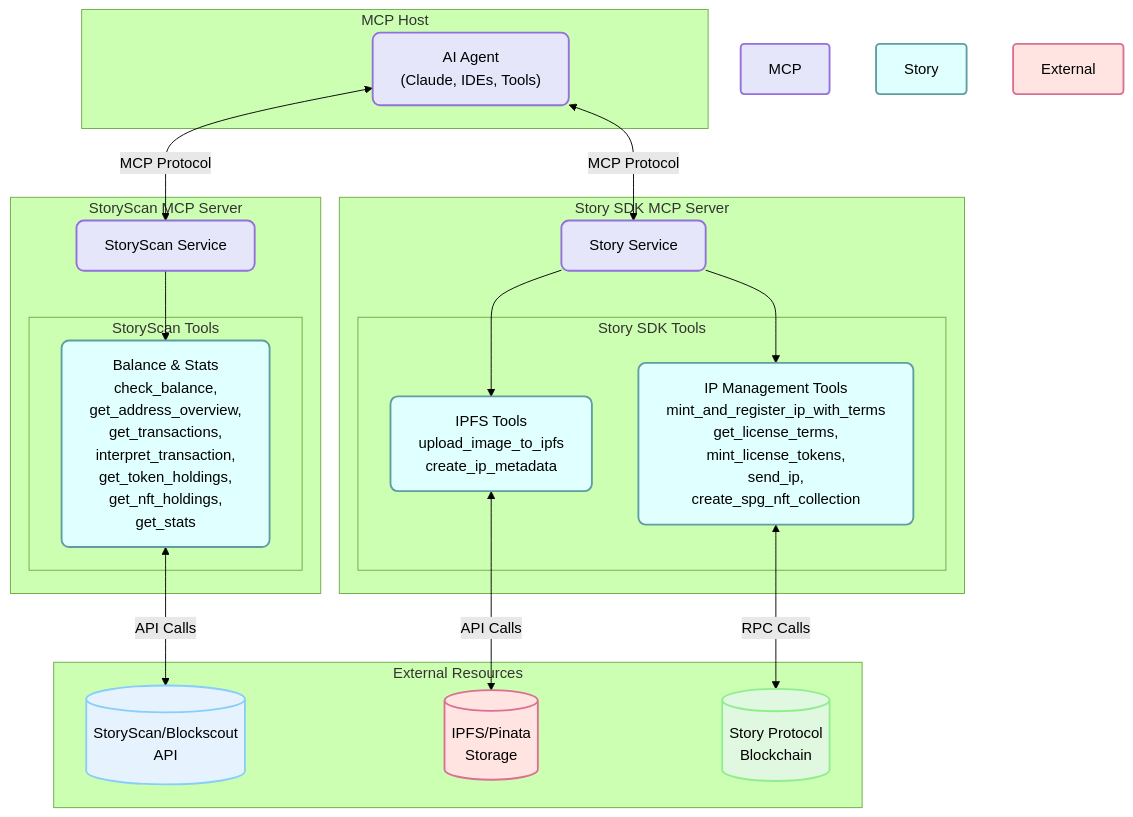
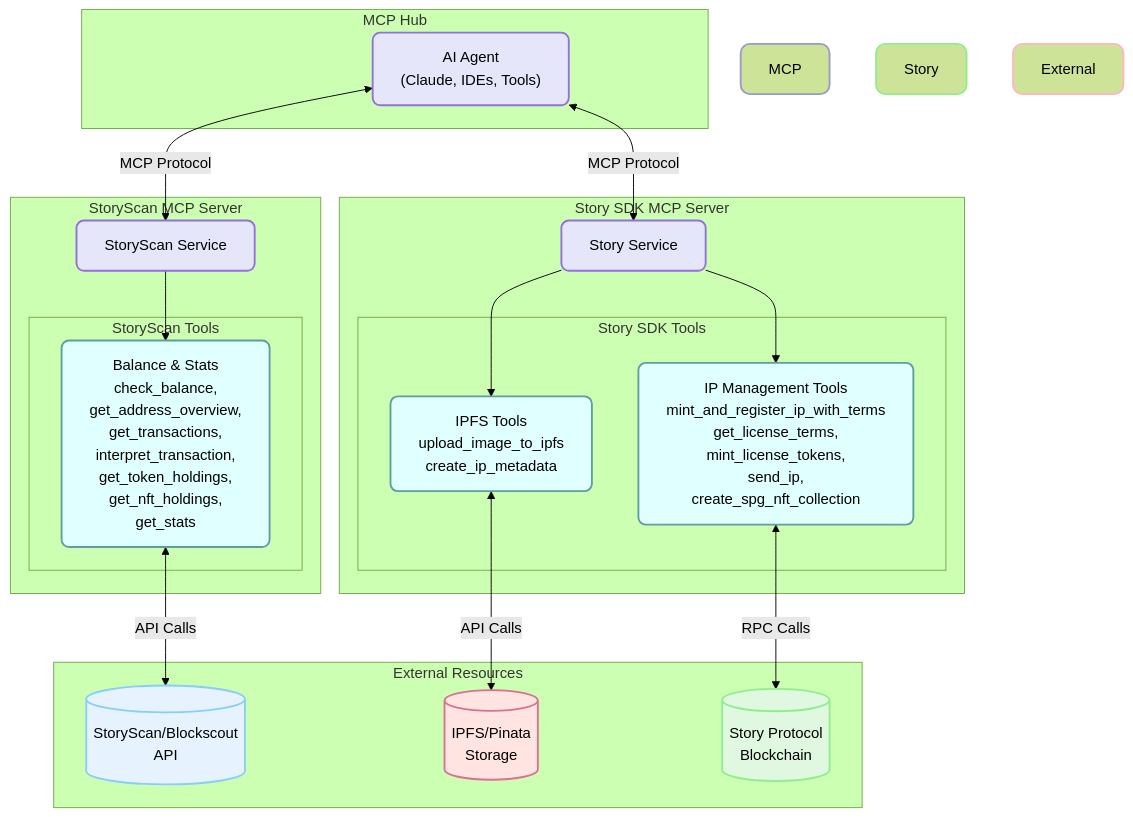
The diagram in README.md (piplabs/story-sdk-mcp), drawn with Mermaid (forest theme) before and after one commit. The commit also changed other lines of this file and 18 other files, not shown here.

````diff
--- a/README.md
+++ b/README.md
@@ -14,64 +18,54 @@
 ```mermaid
 graph TD
-    subgraph "MCP Host" 
-        style MCP Host fill:#F5F5FF,stroke:#9999CC,stroke-width:2px,rx:10,ry:10
+    subgraph "MCP Hub" 
+        style MCP Hub fill:#F5F5FF,stroke:#9999CC,stroke-width:2px,rx:10,ry:10
         Agent["AI Agent<br>(Claude, IDEs, Tools)"]
         style Agent fill:#E6E6FA,stroke:#9370DB,stroke-width:2px,rx:8,ry:8
     end
 
     subgraph "StoryScan MCP Server"
         style StoryScan MCP Server fill:#F0F8FF,stroke:#87CEFA,stroke-width:2px,rx:10,ry:10
         StoryscanService["StoryScan Service"]
         style StoryscanService fill:#E6E6FA,stroke:#9370DB,stroke-width:2px,rx:8,ry:8
         
         subgraph "StoryScan Tools"
             style StoryScan Tools fill:#F0FFFF,stroke:#5F9EA0,stroke-width:2px,rx:10,ry:10
             StoryscanToolset["Balance & Stats<br>check_balance,<br>get_address_overview,<br>get_transactions,<br>interpret_transaction,<br>get_token_holdings,<br>get_nft_holdings,<br>get_stats"]
             style StoryscanToolset fill:#E0FFFF,stroke:#5F9EA0,stroke-width:2px,rx:8,ry:8
         end
     end
 
     subgraph "Story SDK MCP Server"
         style Story SDK MCP Server fill:#F5FFFA,stroke:#98FB98,stroke-width:2px,rx:10,ry:10
         StoryService["Story Service"]
         style StoryService fill:#E6E6FA,stroke:#9370DB,stroke-width:2px,rx:8,ry:8
         
         subgraph "Story SDK Tools"
             style Story SDK Tools fill:#F0FFF0,stroke:#90EE90,stroke-width:2px,rx:10,ry:10
             IPFSTools["IPFS Tools<br>upload_image_to_ipfs<br>create_ip_metadata"]
             style IPFSTools fill:#E0FFFF,stroke:#5F9EA0,stroke-width:2px,rx:8,ry:8
             IPTools["IP Management Tools<br>mint_and_register_ip_with_terms<br>get_license_terms,<br>mint_license_tokens,<br>send_ip,<br>create_spg_nft_collection"]
             style IPTools fill:#E0FFFF,stroke:#5F9EA0,stroke-width:2px,rx:8,ry:8
         end
     end
 
     subgraph "External Resources"
         style External Resources fill:#FFF0F5,stroke:#FFB6C1,stroke-width:2px,rx:10,ry:10
         IPFS[(IPFS/Pinata<br>Storage)]
         style IPFS fill:#FFE4E1,stroke:#DB7093,stroke-width:2px,rx:15,ry:15
         Blockchain[(Story Protocol<br>Blockchain)]
         style Blockchain fill:#E0F8E0,stroke:#90EE90,stroke-width:2px,rx:15,ry:15
         StoryScan[(StoryScan/Blockscout<br>API)]
         style StoryScan fill:#E6F3FF,stroke:#87CEFA,stroke-width:2px,rx:15,ry:15
     end
 
     Agent <--MCP Protocol--> StoryService
     Agent <--MCP Protocol--> StoryscanService
     StoryscanService --> StoryscanToolset
     StoryService --> IPFSTools
     StoryService --> IPTools
     
     StoryscanToolset <--API Calls--> StoryScan
     IPFSTools <--API Calls--> IPFS
     IPTools <--RPC Calls--> Blockchain
-
-    classDef legend fill:#FFFFFF,stroke:#333333,stroke-width:1px,rx:4,ry:4;
-    
-    MCP["MCP"]
-    Story["Story"]
-    External["External"]
-    
-    style MCP fill:#E6E6FA,stroke:#9370DB,stroke-width:2px,rx:4,ry:4
-    style Story fill:#E0FFFF,stroke:#5F9EA0,stroke-width:2px,rx:4,ry:4
-    style External fill:#FFE4E1,stroke:#DB7093,stroke-width:2px,rx:4,ry:4
 ```
````
